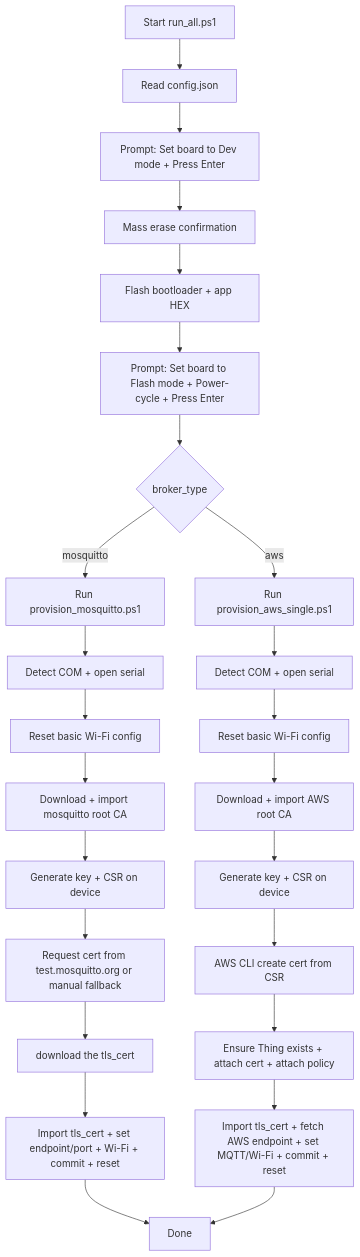
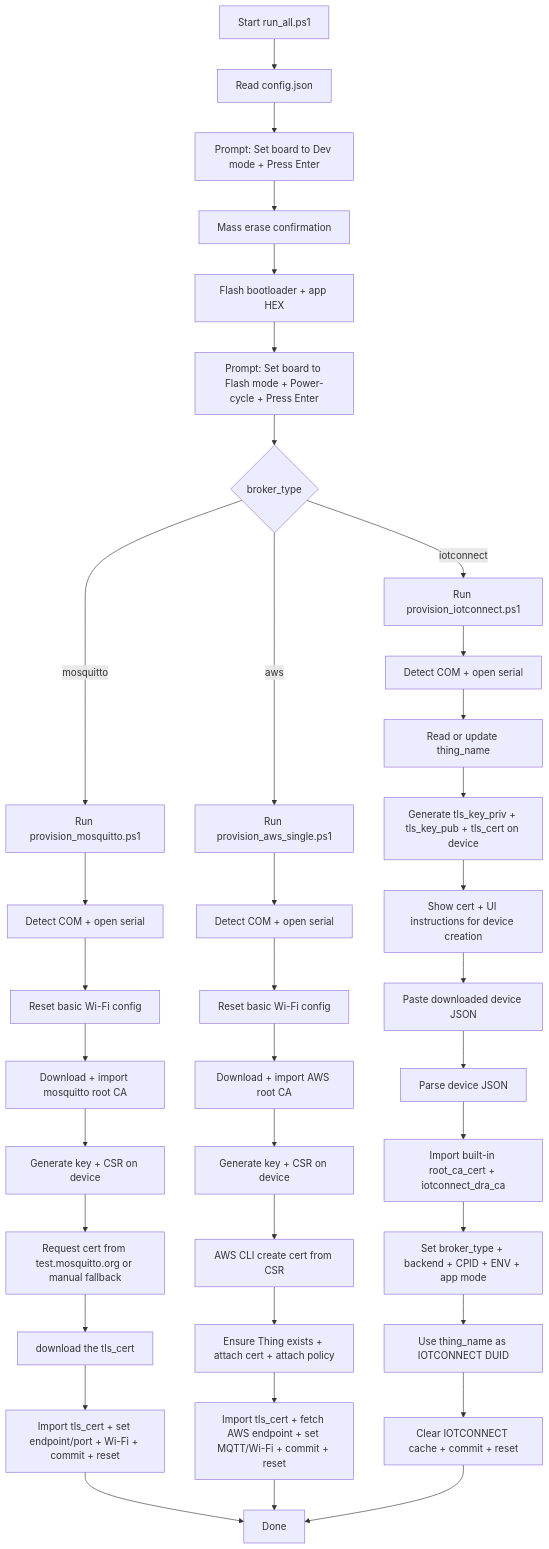
The diagram in bin/readme.md (avnet-iotconnect/stm32n6570_dk_w6x_iot_reference), drawn with Mermaid before and after one commit. The commit also changed other lines of this file and 42 other files, not shown here.

Commit message:
Add IoTConnect device-generated onboarding flow

````diff
--- a/bin/readme.md
+++ b/bin/readme.md
@@ -43,31 +70,44 @@
 ```mermaid
 flowchart TD
     A[Start run_all.ps1] --> B[Read config.json]
     B --> C[Prompt: Set board to Dev mode + Press Enter]
     C --> D[Mass erase confirmation]
     D --> E[Flash bootloader + app HEX]
     E --> E1[Prompt: Set board to Flash mode + Power-cycle + Press Enter]
     E1 --> F{broker_type}
 
     F -->|mosquitto| G[Run provision_mosquitto.ps1]
     G --> G1[Detect COM + open serial]
     G1 --> G2[Reset basic Wi-Fi config]
     G2 --> G3[Download + import mosquitto root CA]
     G3 --> G4[Generate key + CSR on device]
     G4 --> G5[Request cert from test.mosquitto.org or manual fallback]
     G5 --> G6[download the tls_cert]
     G6 --> G7[Import tls_cert + set endpoint/port + Wi-Fi + commit + reset]
 
     F -->|aws| H[Run provision_aws_single.ps1]
     H --> H1[Detect COM + open serial]
     H1 --> H2[Reset basic Wi-Fi config]
     H2 --> H3[Download + import AWS root CA]
     H3 --> H4[Generate key + CSR on device]
     H4 --> H5[AWS CLI create cert from CSR]
     H5 --> H6[Ensure Thing exists + attach cert + attach policy]
     H6 --> H7[Import tls_cert + fetch AWS endpoint + set MQTT/Wi-Fi + commit + reset]
 
+    F -->|iotconnect| I[Run provision_iotconnect.ps1]
+    I --> I1[Detect COM + open serial]
+    I1 --> I2[Read or update thing_name]
+    I2 --> I3[Generate tls_key_priv + tls_key_pub + tls_cert on device]
+    I3 --> I4[Show cert + UI instructions for device creation]
+    I4 --> I5[Paste downloaded device JSON]
+    I5 --> I6[Parse device JSON]
+    I6 --> I7[Import built-in root_ca_cert + iotconnect_dra_ca]
+    I7 --> I8[Set broker_type + backend + CPID + ENV + app mode]
+    I8 --> I9[Use thing_name as IOTCONNECT DUID]
+    I9 --> I10[Clear IOTCONNECT cache + commit + reset]
+
 
     G7 --> Z[Done]
     H7 --> Z
+    I10 --> Z
 ```
````
